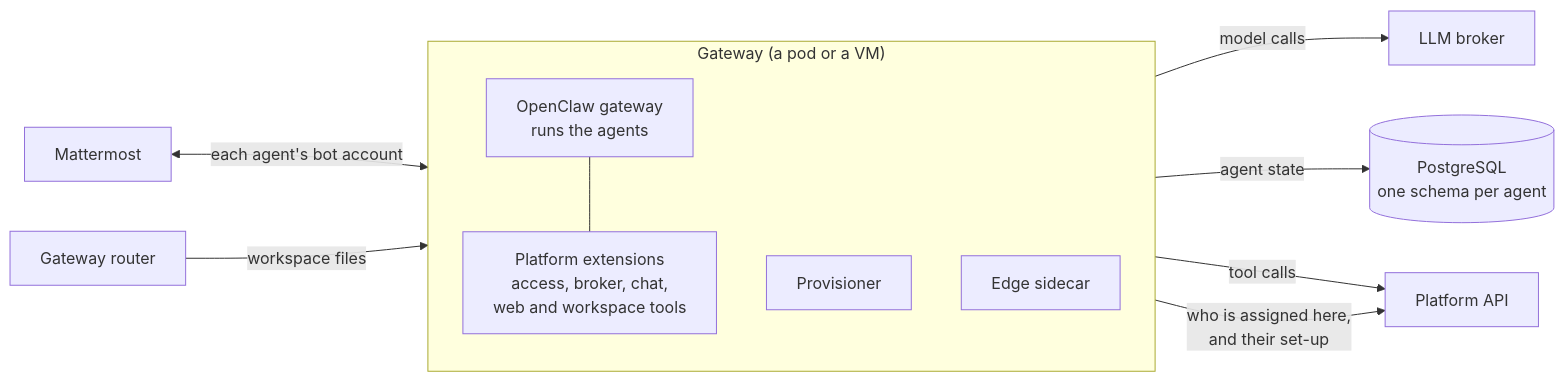
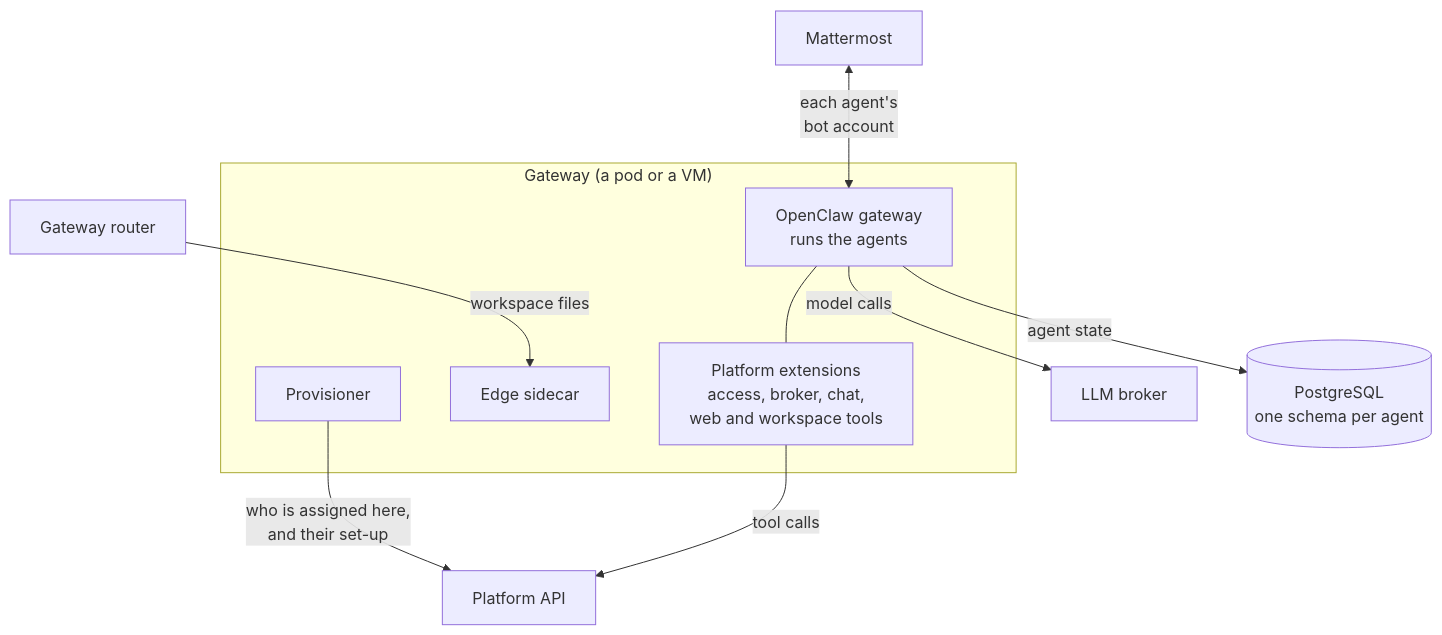
One commit to octogee-ai/octogee-cloud changed the second of 5 diagrams in README.md. Above: the diagram before and after it, drawn with Mermaid. The commit also changed other lines of this file, not shown here.

First line of the commit message:
Make the README diagrams narrower

````diff
--- a/README.md
+++ b/README.md
@@ -125,25 +125,24 @@
 ```mermaid
-flowchart LR
+flowchart TB
   mattermost[Mattermost]
   router[Gateway router]
 
   subgraph gateway["Gateway (a pod or a VM)"]
-    direction TB
     openclaw["OpenClaw gateway<br/>runs the agents"]
     extensions["Platform extensions<br/>access, broker, chat,<br/>web and workspace tools"]
+    edge[Edge sidecar]
     provisioner[Provisioner]
-    edge[Edge sidecar]
     openclaw --- extensions
   end
 
-  api[Platform API]
   broker[LLM broker]
   postgres[("PostgreSQL<br/>one schema per agent")]
+  api[Platform API]
 
-  mattermost <-->|"each agent's bot account"| openclaw
+  mattermost <-->|"each agent's<br/>bot account"| openclaw
   router -->|workspace files| edge
   openclaw -->|model calls| broker
   openclaw -->|agent state| postgres
   extensions -->|tool calls| api
   provisioner -->|"who is assigned here,<br/>and their set-up"| api
 ```
````
